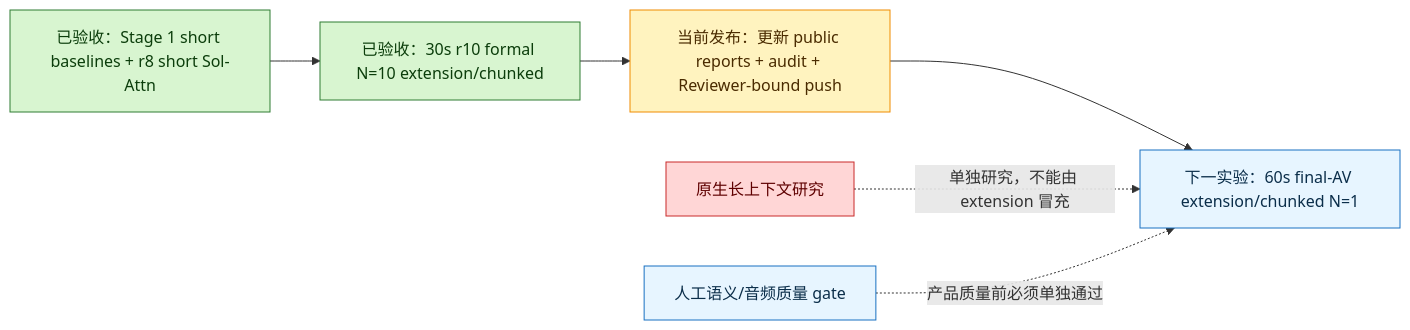
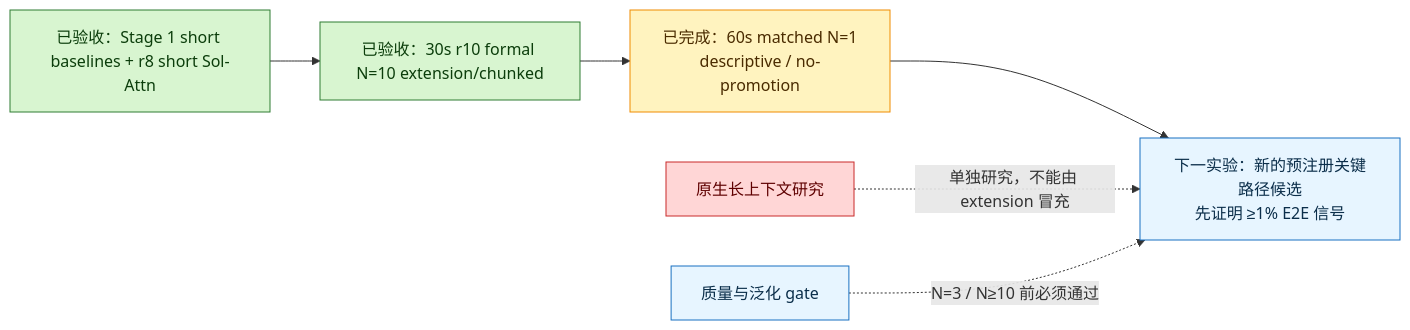
The diagram in RESEARCH_DASHBOARD.md (Argus-AiTeam/minimax-h3-desktop), drawn with Mermaid before and after one commit. The commit also changed other lines of this file and 85 other files, not shown here.

````diff
--- a/RESEARCH_DASHBOARD.md
+++ b/RESEARCH_DASHBOARD.md
@@ -67,13 +68,13 @@
 ```mermaid
 flowchart LR
     A[已验收：Stage 1 short baselines + r8 short Sol-Attn]:::done --> B[已验收：30s r10 formal N=10 extension/chunked]:::done
-    B --> C[当前发布：更新 public reports + audit + Reviewer-bound push]:::current
-    C --> D[下一实验：60s final-AV extension/chunked N=1]:::pending
+    B --> C[已完成：60s matched N=1<br/>descriptive / no-promotion]:::current
+    C --> D[下一实验：新的预注册关键路径候选<br/>先证明 ≥1% E2E 信号]:::pending
     N[原生长上下文研究]:::blocked -.单独研究，不能由 extension 冒充.-> D
-    H[人工语义/音频质量 gate]:::pending -.产品质量前必须单独通过.-> D
+    H[质量与泛化 gate]:::pending -.N=3 / N≥10 前必须通过.-> D
 
     classDef done fill:#d8f5d0,stroke:#2e7d32,color:#0b3d0b;
     classDef current fill:#fff3bf,stroke:#f08c00,color:#4a2b00;
     classDef pending fill:#e7f5ff,stroke:#1971c2,color:#0b2e4a;
     classDef blocked fill:#ffd6d6,stroke:#c92a2a,color:#5f0000;
 ```
````
